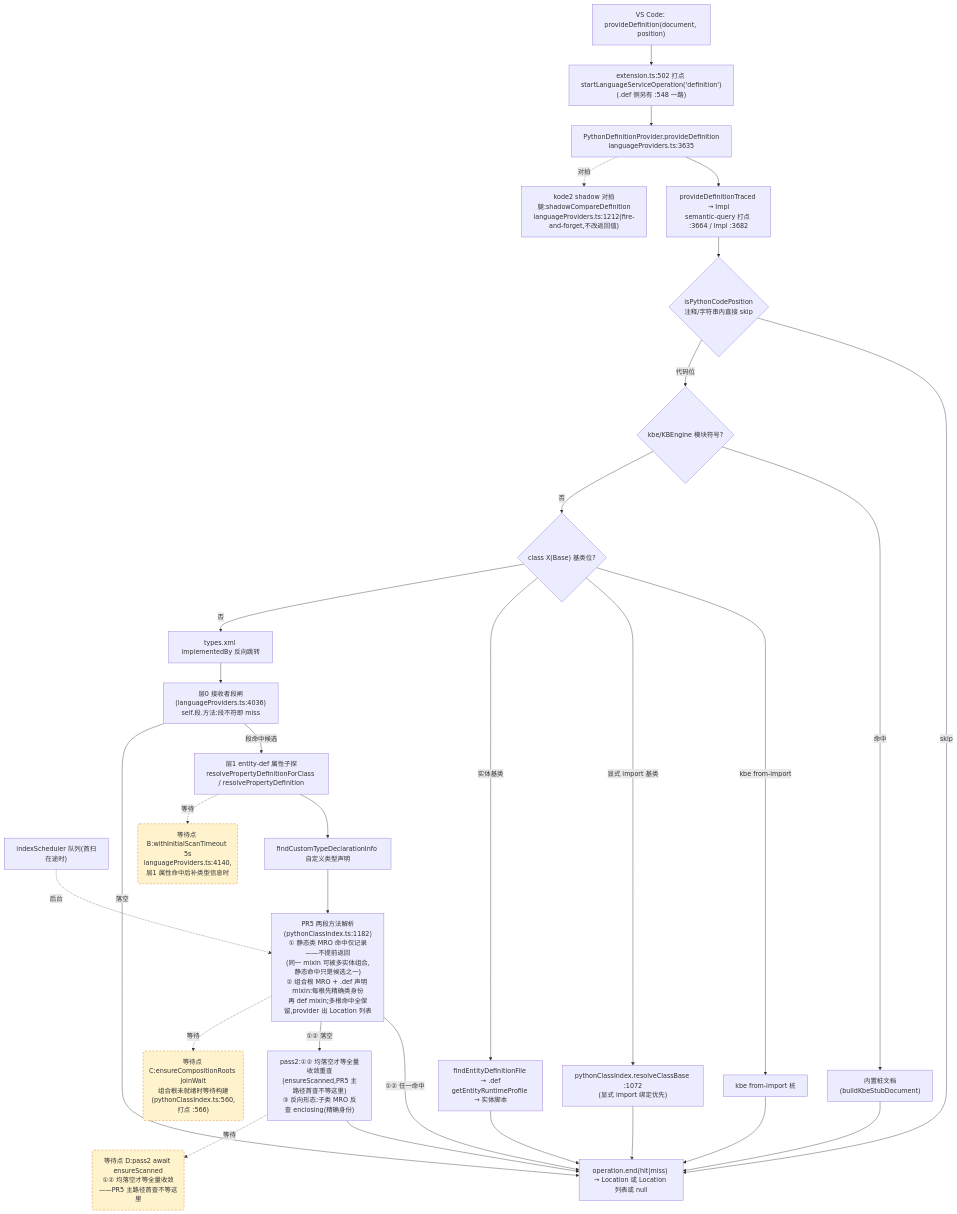
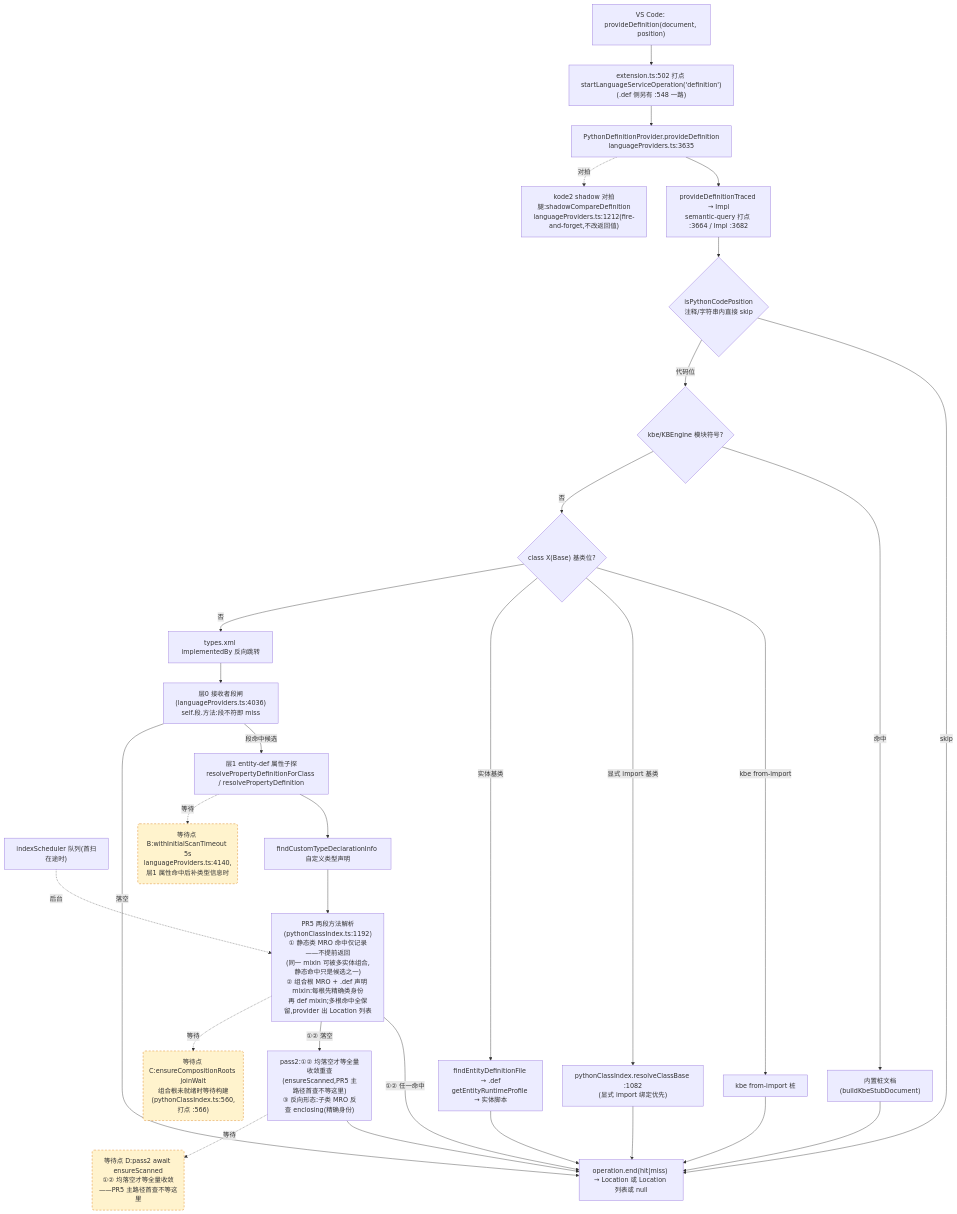
The second of 4 diagrams in docs/perf/2026-baseline.md (cuihairu/kode), drawn with Mermaid before and after one commit. The commit also changed other lines of this file and 1 other file, not shown here.

Commit message:
docs: tick ondemand import cap finding

````diff
--- a/docs/perf/2026-baseline.md
+++ b/docs/perf/2026-baseline.md
@@ -128,51 +128,51 @@
 ```mermaid
 flowchart TD
   VC2["VS Code: provideDefinition(document, position)"]
   M2["extension.ts:502 打点 startLanguageServiceOperation('definition')<br/>(.def 侧另有 :548 一路)"]
   AD2["PythonDefinitionProvider.provideDefinition<br/>languageProviders.ts:3635"]
   TR["provideDefinitionTraced → Impl<br/>semantic-query 打点 :3664 / Impl :3682"]
   CTX{"isPythonCodePosition<br/>注释/字符串内直接 skip"}
   KBE{"kbe/KBEngine 模块符号?"}
   STUB["内置桩文档(buildKbeStubDocument)"]
   CB{"class X(Base) 基类位?"}
   CB1["kbe from-import 桩"]
-  CB2["pythonClassIndex.resolveClassBase :1072<br/>(显式 import 绑定优先)"]
+  CB2["pythonClassIndex.resolveClassBase :1082<br/>(显式 import 绑定优先)"]
   CB3["findEntityDefinitionFile → .def<br/>getEntityRuntimeProfile → 实体脚本"]
   REV["types.xml implementedBy 反向跳转"]
   L0["层0 接收者段闸(languageProviders.ts:4036)<br/>self.段.方法:段不符即 miss"]
   L1["层1 entity-def 属性子探<br/>resolvePropertyDefinitionForClass / resolvePropertyDefinition"]
   SCAN["indexScheduler 队列(首扫在途时)"]
   TY["findCustomTypeDeclarationInfo 自定义类型声明"]
-  MRO["PR5 两段方法解析(pythonClassIndex.ts:1182)<br/>① 静态类 MRO 命中仅记录——不提前返回<br/>(同一 mixin 可被多实体组合,静态命中只是候选之一)<br/>② 组合根 MRO + .def 声明 mixin:每根先精确类身份<br/>再 def mixin;多根命中全保留,provider 出 Location 列表"]
+  MRO["PR5 两段方法解析(pythonClassIndex.ts:1192)<br/>① 静态类 MRO 命中仅记录——不提前返回<br/>(同一 mixin 可被多实体组合,静态命中只是候选之一)<br/>② 组合根 MRO + .def 声明 mixin:每根先精确类身份<br/>再 def mixin;多根命中全保留,provider 出 Location 列表"]
   PASS2["pass2:①② 均落空才等全量收敛重查<br/>(ensureScanned,PR5 主路径首查不等这里)<br/>③ 反向形态:子类 MRO 反查 enclosing(精确身份)"]
   SHD["kode2 shadow 对拍腿:shadowCompareDefinition<br/>languageProviders.ts:1212(fire-and-forget,不改返回值)"]
   END2["operation.end(hit|miss) → Location 或 Location 列表或 null"]
 
   VC2 --> M2 --> AD2 --> TR --> CTX
   CTX -- "skip" --> END2
   CTX -- "代码位" --> KBE
   KBE -- "命中" --> STUB --> END2
   KBE -- "否" --> CB
   CB -- "kbe from-import" --> CB1 --> END2
   CB -- "显式 import 基类" --> CB2 --> END2
   CB -- "实体基类" --> CB3 --> END2
   CB -- "否" --> REV --> L0
   L0 -- "段命中候选" --> L1
   L0 -- "落空" --> END2
   L1 --> TY
   TY --> MRO
   MRO -- "①② 任一命中" --> END2
   MRO -- "①② 落空" --> PASS2 --> END2
   AD2 -.->|对拍| SHD
 
   WAITB("等待点 B:withInitialScanTimeout 5s<br/>languageProviders.ts:4140,层1 属性命中后补类型信息时")
   WAITC("等待点 C:ensureCompositionRoots joinWait<br/>组合根未就绪时等待构建(pythonClassIndex.ts:560,打点 :566)")
   WAITD("等待点 D:pass2 await ensureScanned<br/>①② 均落空才等全量收敛——PR5 主路径首查不等这里")
   L1 -.->|等待| WAITB
   MRO -.->|等待| WAITC
   PASS2 -.->|等待| WAITD
   SCAN -.->|后台| MRO
 
   classDef waitPoint fill:#fff3cd,stroke:#d97706,stroke-dasharray:5 4;
   class WAITB,WAITC,WAITD waitPoint;
 ```
````
